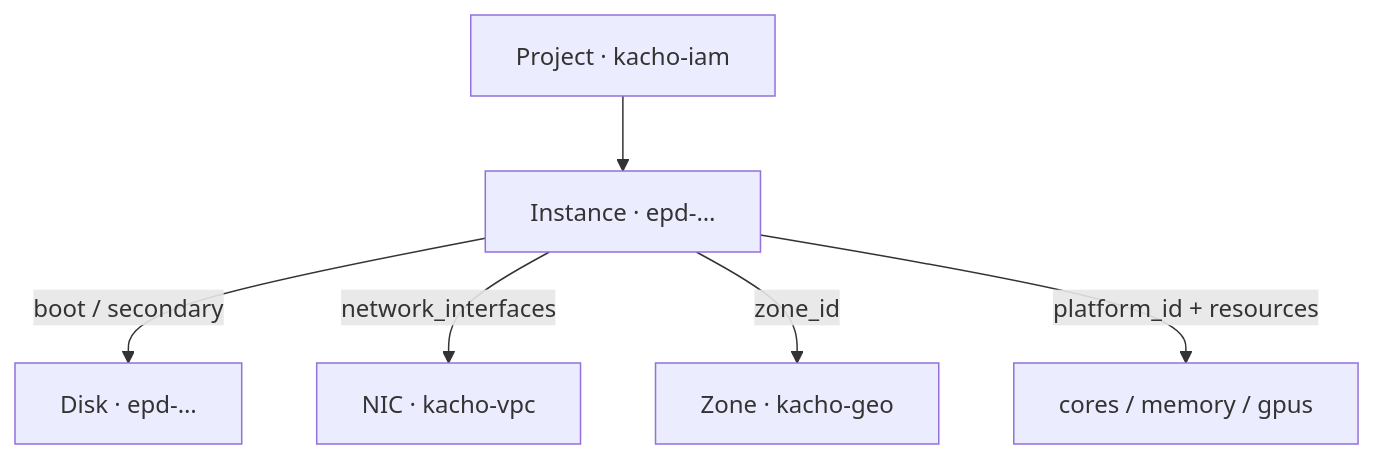
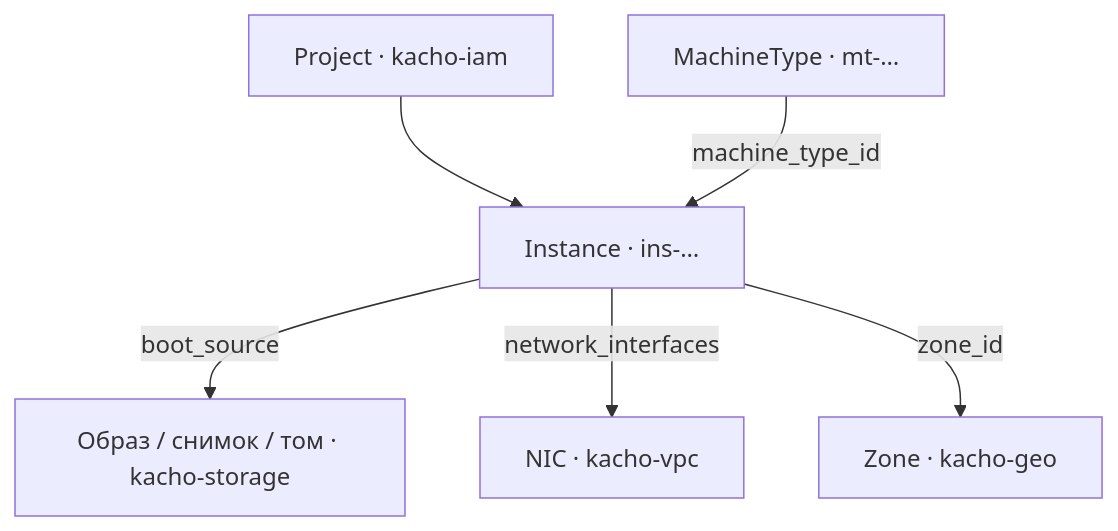
Before and after one commit to PRO-Robotech/kacho: the diagram in services/compute/docs-site/docs/api/instance.mdx, drawn with Mermaid. The commit also changed other lines of this file and 8 other files, not shown here.

````diff
--- a/services/compute/docs-site/docs/api/instance.mdx
+++ b/services/compute/docs-site/docs/api/instance.mdx
@@ -29,8 +30,8 @@
 ```mermaid
 graph TD
-  P[Project · kacho-iam] --> I[Instance · epd-…]
-  I -->|boot / secondary| D[Disk · epd-…]
+  P[Project · kacho-iam] --> I[Instance · ins-…]
+  MT[MachineType · mt-…] -->|machine_type_id| I
+  I -->|boot_source| S[Образ / снимок / том · kacho-storage]
   I -->|network_interfaces| NIC[NIC · kacho-vpc]
   I -->|zone_id| Z[Zone · kacho-geo]
-  I -->|platform_id + resources| HW[cores / memory / gpus]
 ```
````
